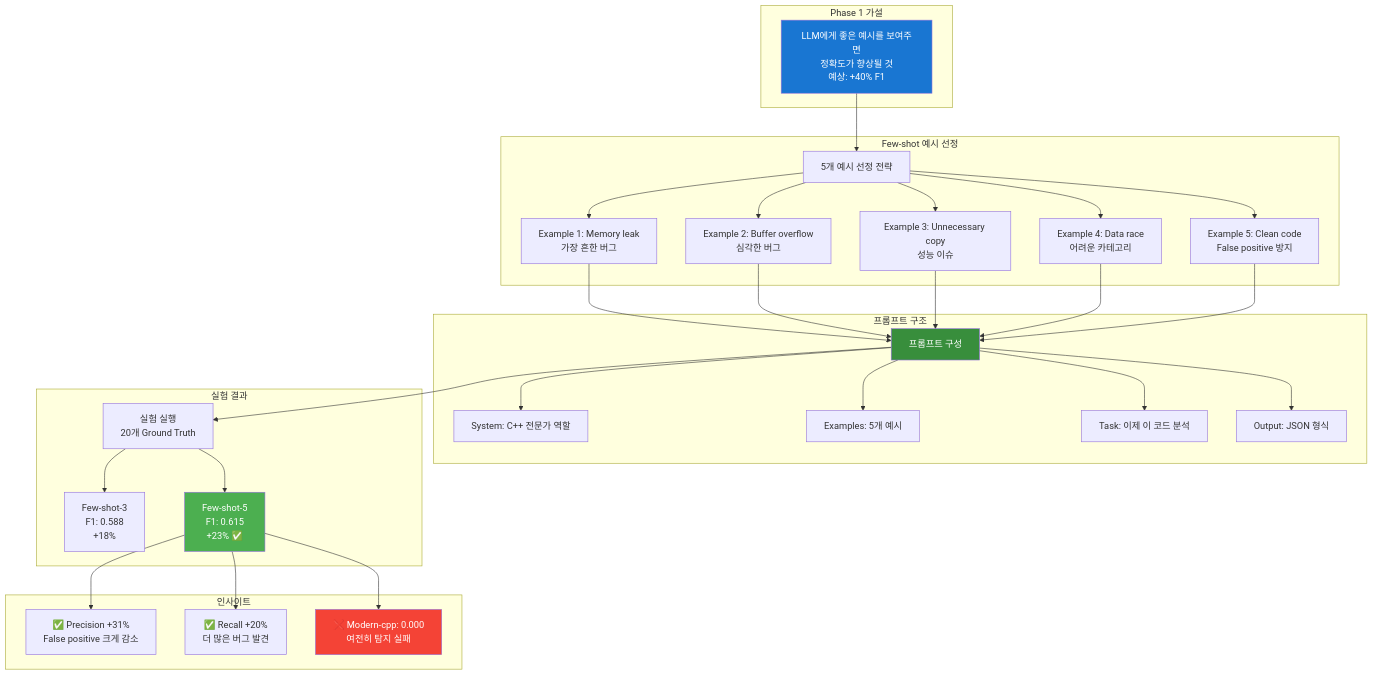
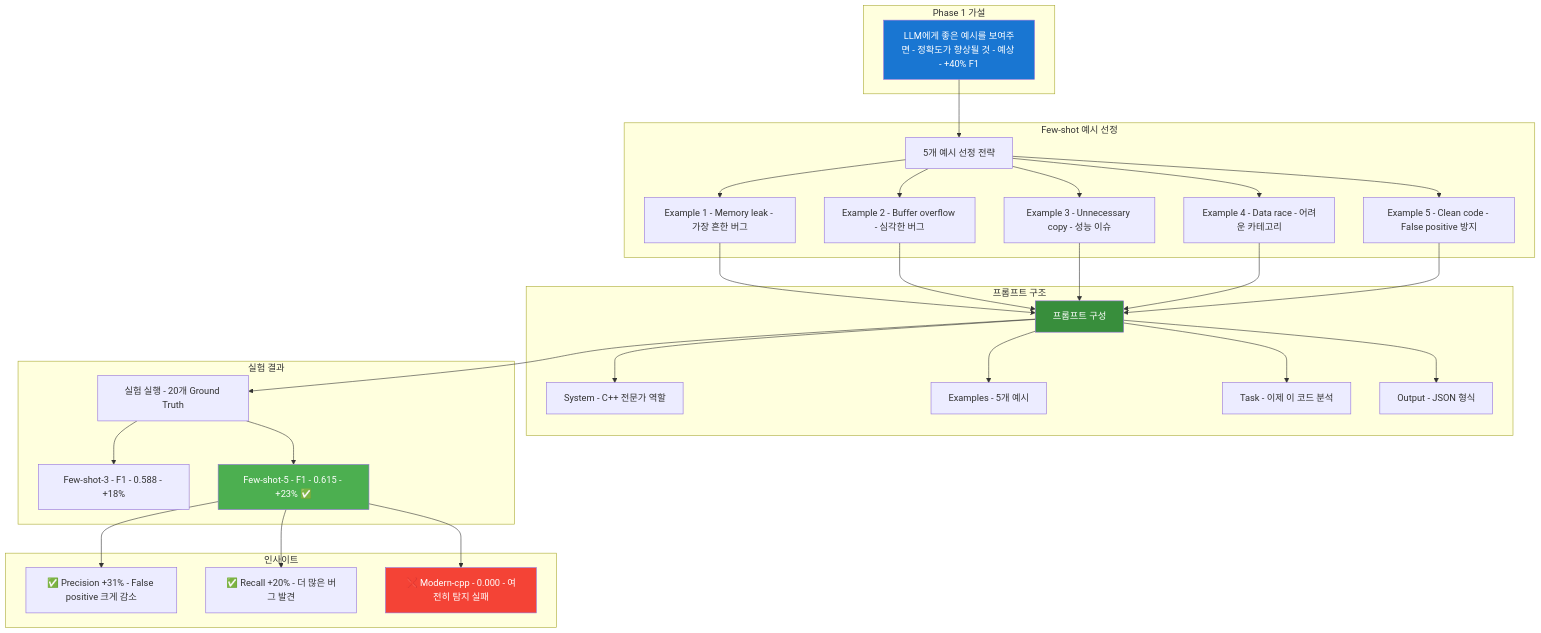
Diagram 15 of 39 in PRESENTATION.md (ApeachM/llm-code-reviewer), drawn with Mermaid before and after one commit. The commit also changed other lines of this file, not shown here.

First line of the commit message:
fix: Replace special characters in Mermaid node labels for compatibility

````diff
--- a/PRESENTATION.md
+++ b/PRESENTATION.md
@@ -698,47 +699,47 @@
 ```mermaid
 graph TB
     subgraph "Phase 1 가설"
-        Hypothesis[LLM에게 좋은 예시를 보여주면<br/>정확도가 향상될 것<br/>예상: +40% F1]
+        Hypothesis[LLM에게 좋은 예시를 보여주면 - 정확도가 향상될 것 - 예상 - +40% F1]
     end
 
     subgraph "Few-shot 예시 선정"
         Hypothesis --> Select[5개 예시 선정 전략]
 
-        Select --> S1[Example 1: Memory leak<br/>가장 흔한 버그]
-        Select --> S2[Example 2: Buffer overflow<br/>심각한 버그]
-        Select --> S3[Example 3: Unnecessary copy<br/>성능 이슈]
-        Select --> S4[Example 4: Data race<br/>어려운 카테고리]
-        Select --> S5[Example 5: Clean code<br/>False positive 방지]
+        Select --> S1[Example 1 - Memory leak - 가장 흔한 버그]
+        Select --> S2[Example 2 - Buffer overflow - 심각한 버그]
+        Select --> S3[Example 3 - Unnecessary copy - 성능 이슈]
+        Select --> S4[Example 4 - Data race - 어려운 카테고리]
+        Select --> S5[Example 5 - Clean code - False positive 방지]
     end
 
     subgraph "프롬프트 구조"
         S1 --> Prompt[프롬프트 구성]
         S2 --> Prompt
         S3 --> Prompt
         S4 --> Prompt
         S5 --> Prompt
 
-        Prompt --> P1[System: C++ 전문가 역할]
-        Prompt --> P2[Examples: 5개 예시]
-        Prompt --> P3[Task: 이제 이 코드 분석]
-        Prompt --> P4[Output: JSON 형식]
+        Prompt --> P1[System - C++ 전문가 역할]
+        Prompt --> P2[Examples - 5개 예시]
+        Prompt --> P3[Task - 이제 이 코드 분석]
+        Prompt --> P4[Output - JSON 형식]
     end
 
     subgraph "실험 결과"
-        Prompt --> Exp[실험 실행<br/>20개 Ground Truth]
+        Prompt --> Exp[실험 실행 - 20개 Ground Truth]
 
-        Exp --> R1[Few-shot-3<br/>F1: 0.588<br/>+18%]
-        Exp --> R2[Few-shot-5<br/>F1: 0.615<br/>+23% ✅]
+        Exp --> R1[Few-shot-3 - F1 - 0.588 - +18%]
+        Exp --> R2[Few-shot-5 - F1 - 0.615 - +23% ✅]
     end
 
     subgraph "인사이트"
-        R2 --> Insight1[✅ Precision +31%<br/>False positive 크게 감소]
-        R2 --> Insight2[✅ Recall +20%<br/>더 많은 버그 발견]
-        R2 --> Insight3[❌ Modern-cpp: 0.000<br/>여전히 탐지 실패]
+        R2 --> Insight1[✅ Precision +31% - False positive 크게 감소]
+        R2 --> Insight2[✅ Recall +20% - 더 많은 버그 발견]
+        R2 --> Insight3[❌ Modern-cpp - 0.000 - 여전히 탐지 실패]
     end
 
     style Hypothesis fill:#1976d2,color:#fff
     style Prompt fill:#388e3c,color:#fff
     style R2 fill:#4caf50,color:#fff
     style Insight3 fill:#f44336,color:#fff
 ```
````
